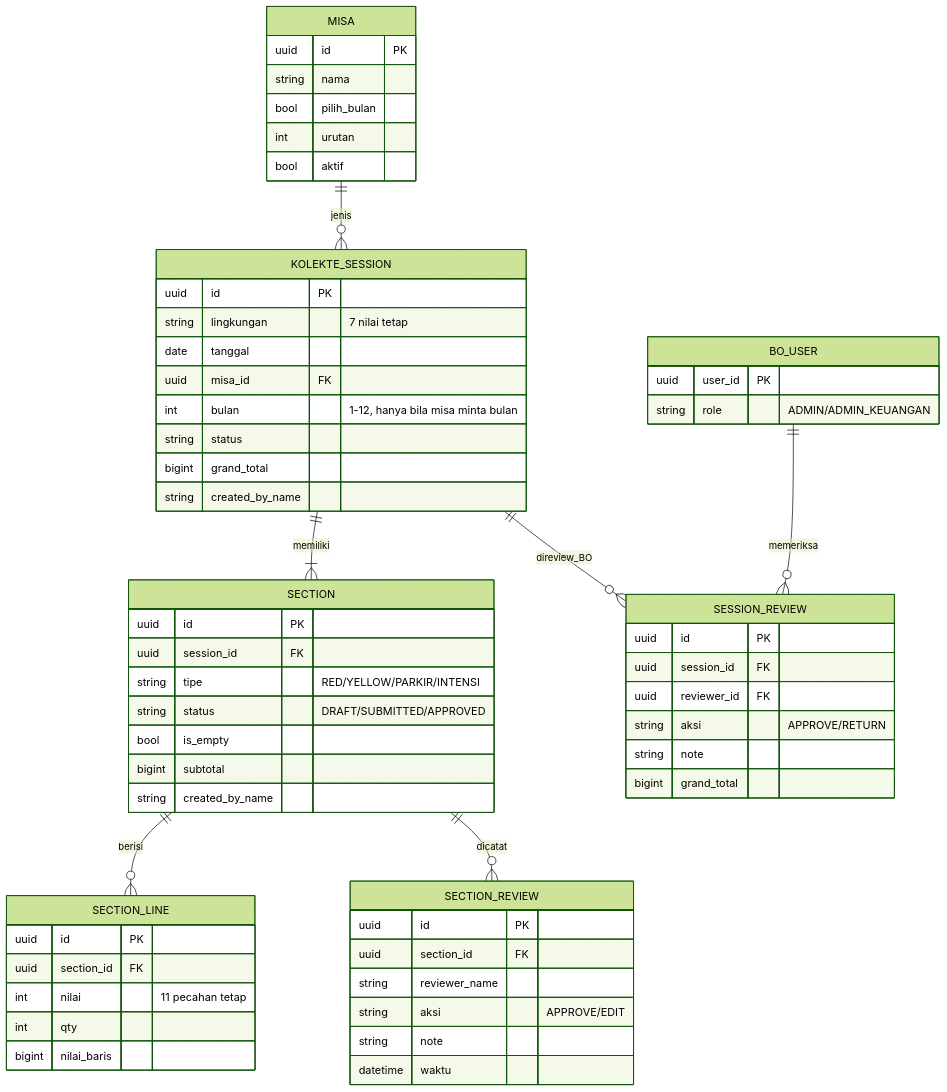
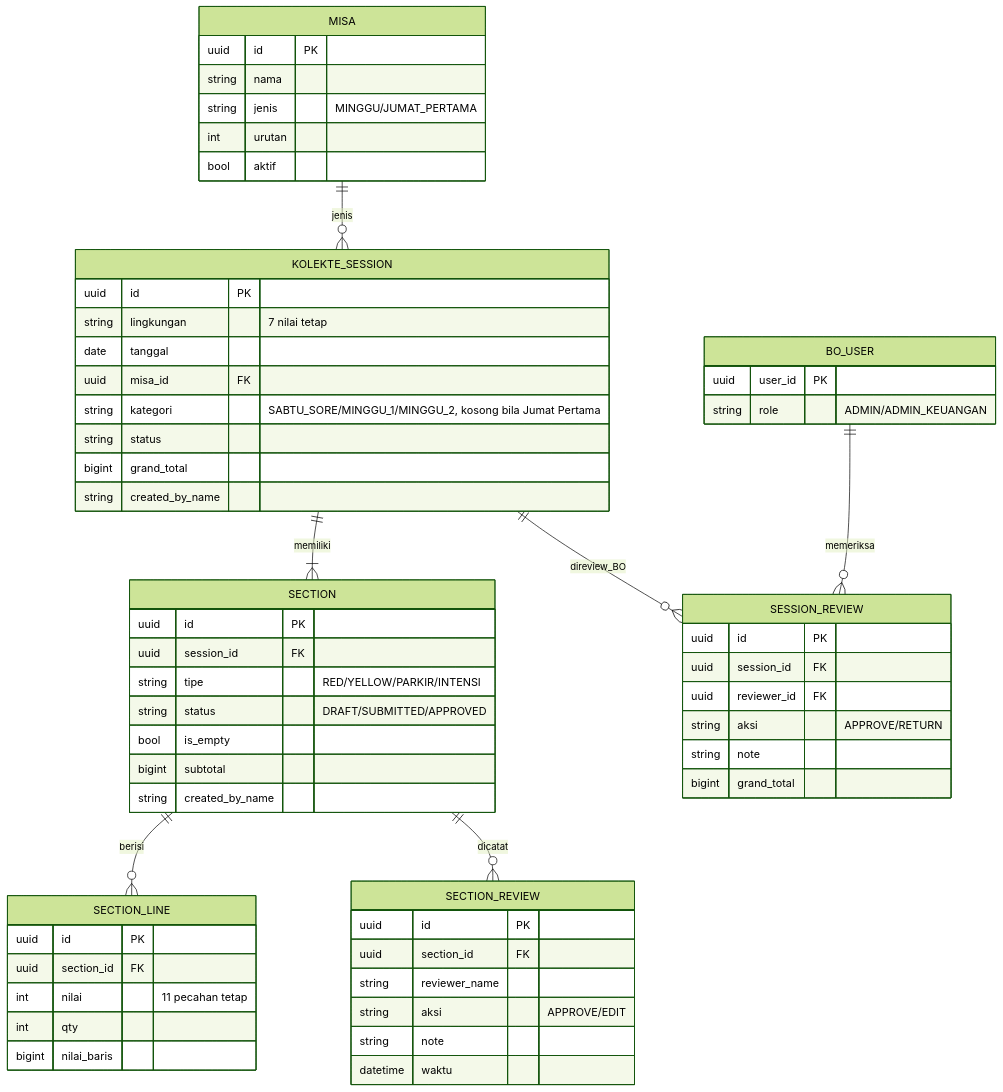
Diagram 11 of 12 in docs/PRD_Sistem_Kolekte.md (vicaanne2014/kolekte.ygp), drawn with Mermaid (forest theme) before and after one commit. The commit also changed other lines of this file and 18 other files, not shown here.

First line of the commit message:
Master Misa berjenis Minggu/Jumat Pertama, rekap per kantong, seeder admin

````diff
--- a/docs/PRD_Sistem_Kolekte.md
+++ b/docs/PRD_Sistem_Kolekte.md
@@ -376,49 +382,49 @@
 ```mermaid
 erDiagram
     MISA ||--o{ KOLEKTE_SESSION : jenis
     KOLEKTE_SESSION ||--|{ SECTION : memiliki
     SECTION ||--o{ SECTION_LINE : berisi
     SECTION ||--o{ SECTION_REVIEW : dicatat
     KOLEKTE_SESSION ||--o{ SESSION_REVIEW : direview_BO
     BO_USER ||--o{ SESSION_REVIEW : memeriksa
 
     MISA { uuid id PK
       string nama
-      bool pilih_bulan
+      string jenis "MINGGU/JUMAT_PERTAMA"
       int urutan
       bool aktif }
     KOLEKTE_SESSION { uuid id PK
       string lingkungan "7 nilai tetap"
       date tanggal
       uuid misa_id FK
-      int bulan "1-12, hanya bila misa minta bulan"
+      string kategori "SABTU_SORE/MINGGU_1/MINGGU_2, kosong bila Jumat Pertama"
       string status
       bigint grand_total
       string created_by_name }
     SECTION { uuid id PK
       uuid session_id FK
       string tipe "RED/YELLOW/PARKIR/INTENSI"
       string status "DRAFT/SUBMITTED/APPROVED"
       bool is_empty
       bigint subtotal
       string created_by_name }
     SECTION_LINE { uuid id PK
       uuid section_id FK
       int nilai "11 pecahan tetap"
       int qty
       bigint nilai_baris }
     SECTION_REVIEW { uuid id PK
       uuid section_id FK
       string reviewer_name
       string aksi "APPROVE/EDIT"
       string note
       datetime waktu }
     SESSION_REVIEW { uuid id PK
       uuid session_id FK
       uuid reviewer_id FK
       string aksi "APPROVE/RETURN"
       string note
       bigint grand_total }
     BO_USER { uuid user_id PK
       string role "ADMIN/ADMIN_KEUANGAN" }
 ```
````
